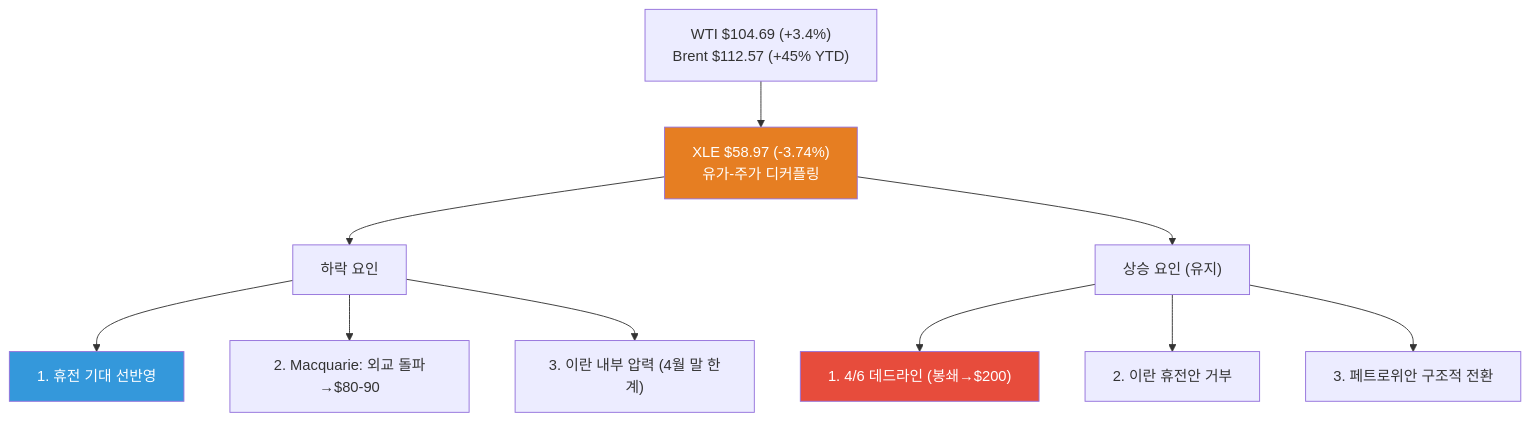
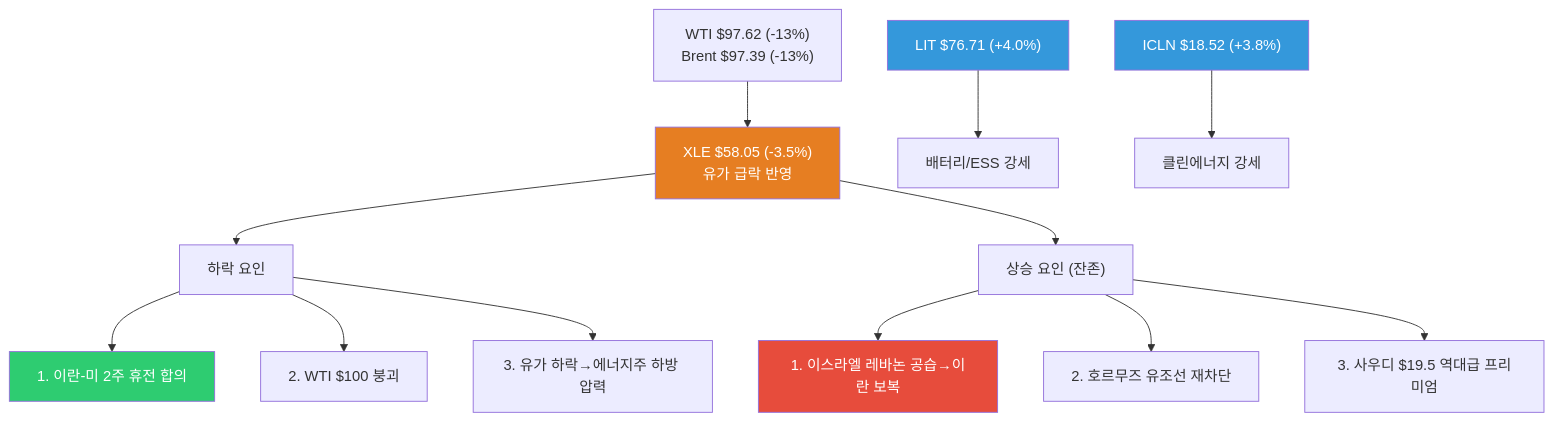
The sixth of 11 diagrams in _posts/knowledge/invest/2026-03-07-energy-sector-outlook-2026.md (dss99911/dss99911.github.io), drawn with Mermaid before and after one commit. The commit also changed other lines of this file and 2 other files, not shown here.

````diff
--- a/_posts/knowledge/invest/2026-03-07-energy-sector-outlook-2026.md
+++ b/_posts/knowledge/invest/2026-03-07-energy-sector-outlook-2026.md
@@ -239,18 +268,23 @@
 ```mermaid
 graph TD
-    A["WTI $104.69 #40;+3.4%#41;<br/>Brent $112.57 #40;+45% YTD#41;"] --> B["XLE $58.97 #40;-3.74%#41;<br/>유가-주가 디커플링"]
+    A["WTI $97.62 #40;-13%#41;<br/>Brent $97.39 #40;-13%#41;"] --> B["XLE $58.05 #40;-3.5%#41;<br/>유가 급락 반영"]
 
     B --> C["하락 요인"]
-    C --> D["1. 휴전 기대 선반영"]
-    C --> E["2. Macquarie: 외교 돌파→$80-90"]
-    C --> F["3. 이란 내부 압력 #40;4월 말 한계#41;"]
+    C --> D["1. 이란-미 2주 휴전 합의"]
+    C --> E["2. WTI $100 붕괴"]
+    C --> F["3. 유가 하락→에너지주 하방 압력"]
 
-    B --> G["상승 요인 #40;유지#41;"]
-    G --> H["1. 4/6 데드라인 #40;봉쇄→$200#41;"]
-    G --> I["2. 이란 휴전안 거부"]
-    G --> J["3. 페트로위안 구조적 전환"]
+    B --> G["상승 요인 #40;잔존#41;"]
+    G --> H["1. 이스라엘 레바논 공습→이란 보복"]
+    G --> I["2. 호르무즈 유조선 재차단"]
+    G --> J["3. 사우디 $19.5 역대급 프리미엄"]
+
+    K["LIT $76.71 #40;+4.0%#41;"] --> L["배터리/ESS 강세"]
+    M["ICLN $18.52 #40;+3.8%#41;"] --> N["클린에너지 강세"]
 
     style B fill:#e67e22,color:#fff
-    style D fill:#3498db,color:#fff
+    style D fill:#2ecc71,color:#fff
     style H fill:#e74c3c,color:#fff
+    style K fill:#3498db,color:#fff
+    style M fill:#3498db,color:#fff
 ```
````
